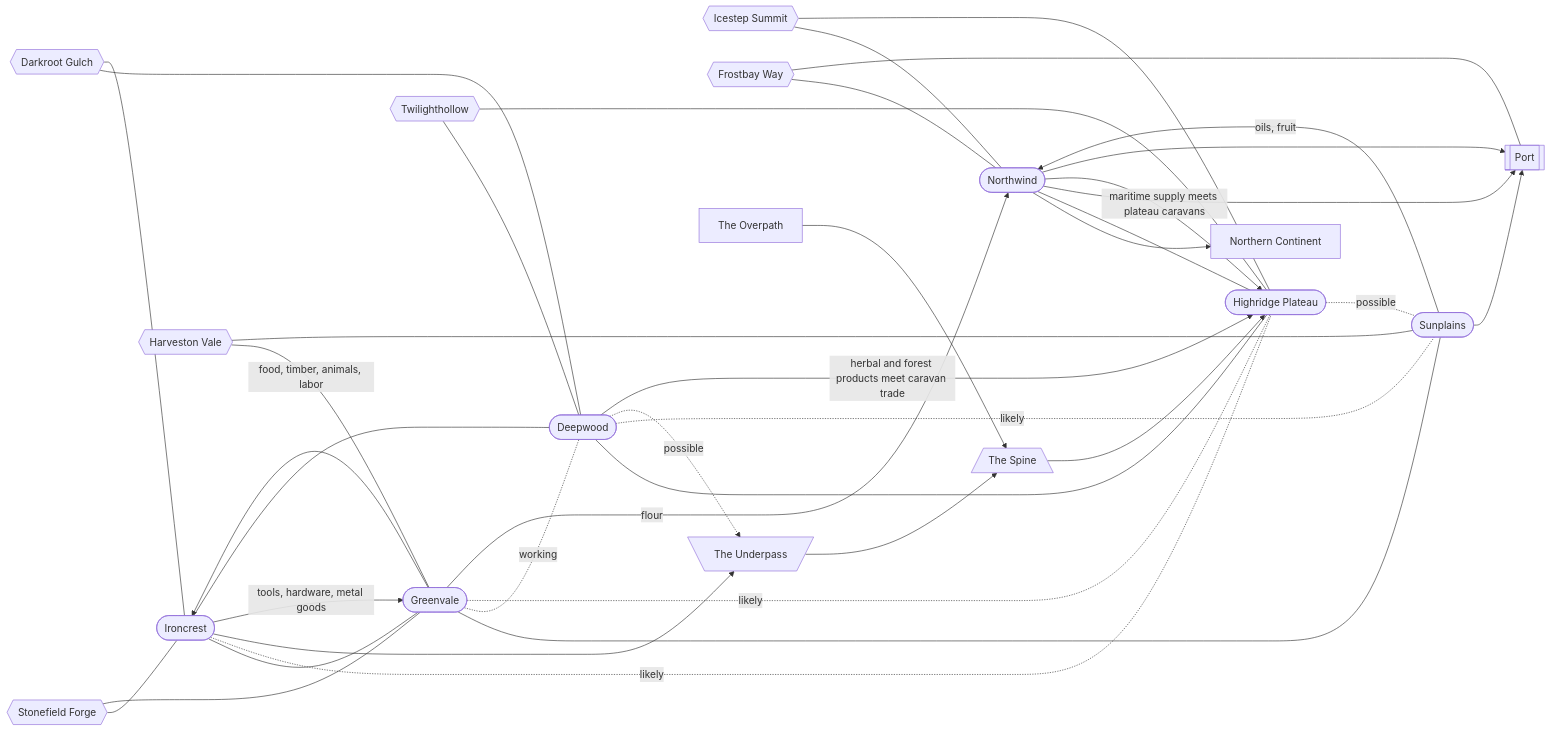
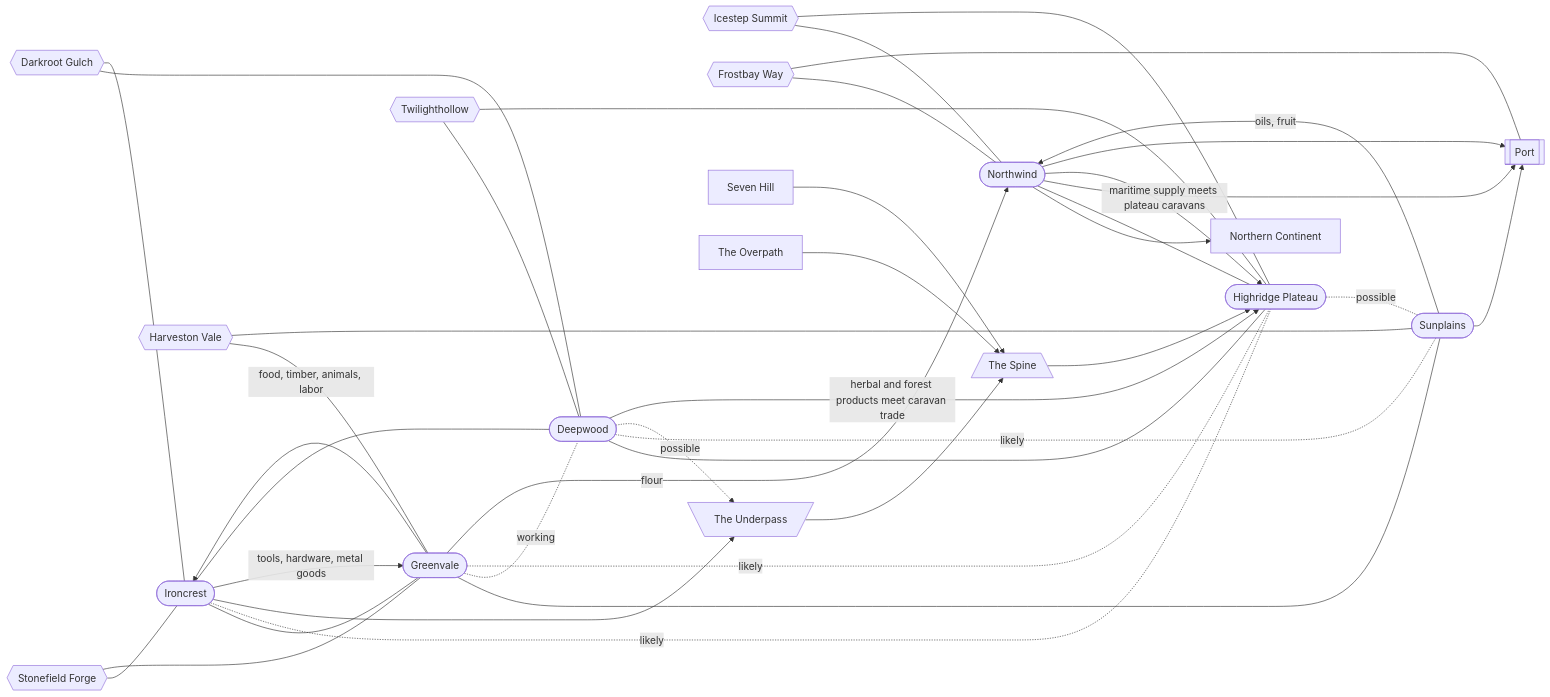
Before and after one commit to BigCatMellow/10Kings: the diagram in atlas/regions/README.md, drawn with Mermaid. The commit also changed other lines of this file and 28 other files, not shown here.

````diff
--- a/atlas/regions/README.md
+++ b/atlas/regions/README.md
@@ -116,57 +117,59 @@
 ```mermaid
 flowchart LR
   northwind(["Northwind"])
   northern["Northern Continent"]
   ironcrest(["Ironcrest"])
   greenvale(["Greenvale"])
   sunplains(["Sunplains"])
   deepwood(["Deepwood"])
   highridge(["Highridge Plateau"])
   stonefield{{"Stonefield Forge"}}
   harveston{{"Harveston Vale"}}
   twilighthollow{{"Twilighthollow"}}
   icestep{{"Icestep Summit"}}
   darkroot{{"Darkroot Gulch"}}
   frostbay{{"Frostbay Way"}}
   port[["Port"]]
   underpass[\"The Underpass"/]
   spine[/"The Spine"\]
+  sevenhill["Seven Hill"]
   overpath["The Overpath"]
   northwind --> northern
   ironcrest --- greenvale
   greenvale --- sunplains
   deepwood --- highridge
   deepwood --- ironcrest
   northwind --- highridge
   ironcrest -.-|likely| highridge
   greenvale -.-|working| deepwood
   deepwood -.-|likely| sunplains
   greenvale -.-|likely| highridge
   highridge -.-|possible| sunplains
   stonefield --- ironcrest
   stonefield --- greenvale
   harveston --- greenvale
   harveston --- sunplains
   twilighthollow --- deepwood
   twilighthollow --- highridge
   icestep --- northwind
   icestep --- highridge
   darkroot --- deepwood
   darkroot --- ironcrest
   frostbay --- northwind
   frostbay --- port
   northwind --> port
   sunplains --> port
   underpass --> spine
   spine --> highridge
   ironcrest --> underpass
   deepwood -.->|possible| underpass
   greenvale -->|food, timber, animals, labor| ironcrest
   ironcrest -->|tools, hardware, metal goods| greenvale
   greenvale -->|flour| northwind
   sunplains -->|oils, fruit| northwind
   deepwood -->|herbal and forest products meet caravan trade| highridge
   northwind -->|maritime supply meets plateau caravans| highridge
   northwind --> port
+  sevenhill --> spine
   overpath --> spine
 ```
````
